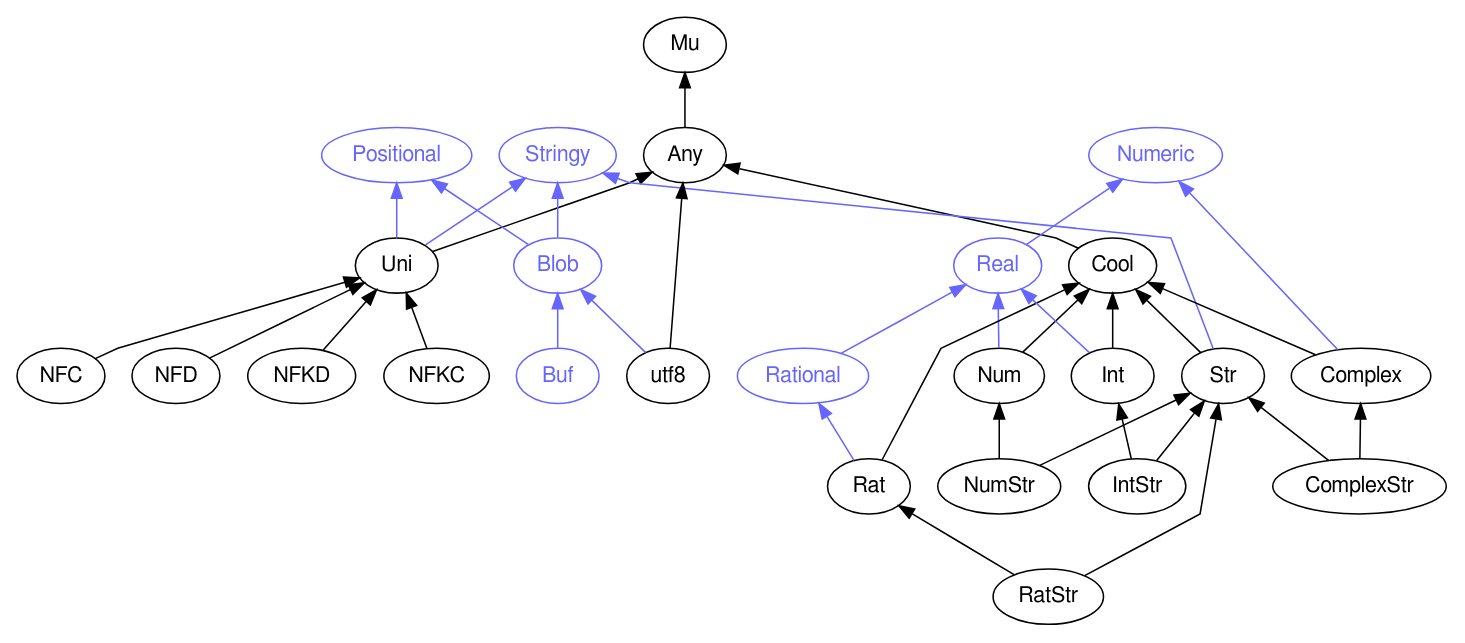
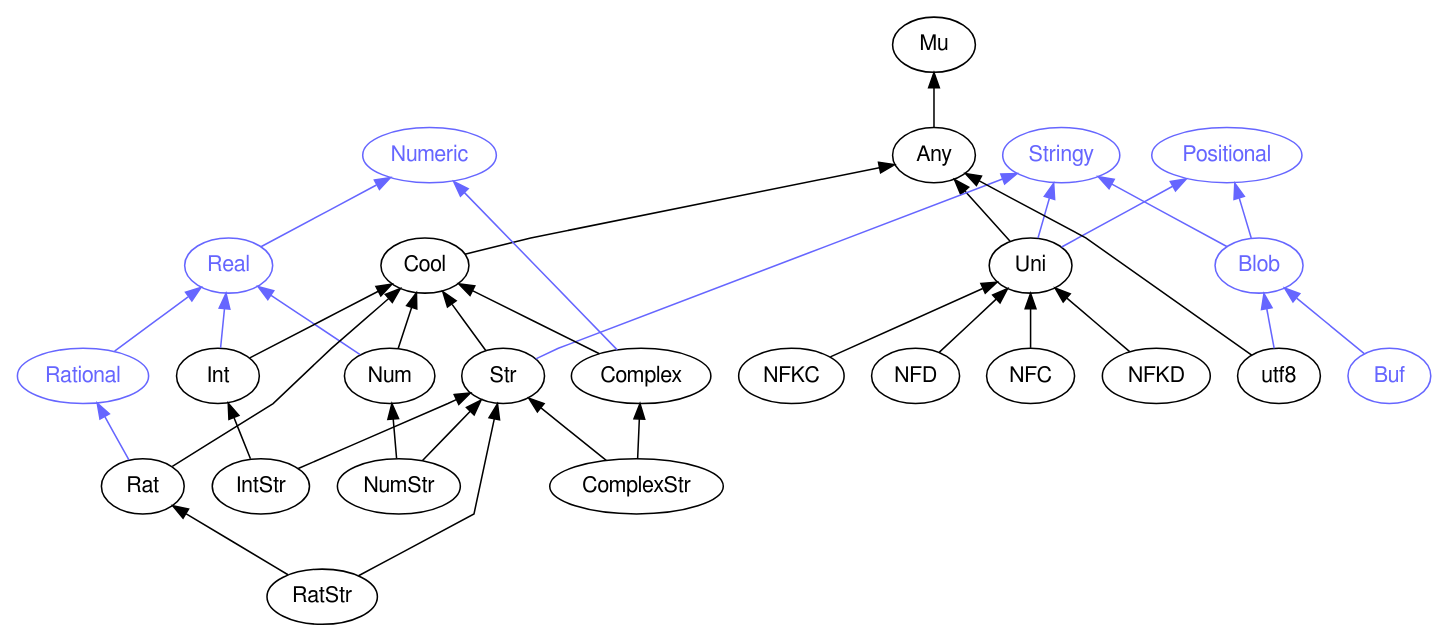
Before and after one commit to perl6docs/perl6docs.github.io: the diagram in images/type-graph-Stringy.svg.dot, drawn with Graphviz. The commit also changed other lines of this file and 4525 other files, not shown here.

```diff
--- a/images/type-graph-Stringy.svg.dot
+++ b/images/type-graph-Stringy.svg.dot
@@ -1,69 +1,69 @@
 digraph "perl6-type-graph" {
     rankdir=BT;
     splines=polyline;
     overlap=false; 
     // Types
     "Stringy" [color="#6666FF", fontcolor="#6666FF", href="/type/Stringy", fontname="FreeSans"];
+    "Positional" [color="#6666FF", fontcolor="#6666FF", href="/type/Positional", fontname="FreeSans"];
+    "Blob" [color="#6666FF", fontcolor="#6666FF", href="/type/Blob", fontname="FreeSans"];
     "Mu" [color="#000000", fontcolor="#000000", href="/type/Mu", fontname="FreeSans"];
     "Any" [color="#000000", fontcolor="#000000", href="/type/Any", fontname="FreeSans"];
-    "Positional" [color="#6666FF", fontcolor="#6666FF", href="/type/Positional", fontname="FreeSans"];
     "Uni" [color="#000000", fontcolor="#000000", href="/type/Uni", fontname="FreeSans"];
-    "Blob" [color="#6666FF", fontcolor="#6666FF", href="/type/Blob", fontname="FreeSans"];
     "Cool" [color="#000000", fontcolor="#000000", href="/type/Cool", fontname="FreeSans"];
     "Str" [color="#000000", fontcolor="#000000", href="/type/Str", fontname="FreeSans"];
+    "NFD" [color="#000000", fontcolor="#000000", href="/type/NFD", fontname="FreeSans"];
     "NFC" [color="#000000", fontcolor="#000000", href="/type/NFC", fontname="FreeSans"];
-    "NFD" [color="#000000", fontcolor="#000000", href="/type/NFD", fontname="FreeSans"];
     "NFKD" [color="#000000", fontcolor="#000000", href="/type/NFKD", fontname="FreeSans"];
     "NFKC" [color="#000000", fontcolor="#000000", href="/type/NFKC", fontname="FreeSans"];
     "Numeric" [color="#6666FF", fontcolor="#6666FF", href="/type/Numeric", fontname="FreeSans"];
+    "Complex" [color="#000000", fontcolor="#000000", href="/type/Complex", fontname="FreeSans"];
+    "ComplexStr" [color="#000000", fontcolor="#000000", href="/type/ComplexStr", fontname="FreeSans"];
     "Real" [color="#6666FF", fontcolor="#6666FF", href="/type/Real", fontname="FreeSans"];
     "Num" [color="#000000", fontcolor="#000000", href="/type/Num", fontname="FreeSans"];
     "NumStr" [color="#000000", fontcolor="#000000", href="/type/NumStr", fontname="FreeSans"];
+    "Int" [color="#000000", fontcolor="#000000", href="/type/Int", fontname="FreeSans"];
+    "IntStr" [color="#000000", fontcolor="#000000", href="/type/IntStr", fontname="FreeSans"];
     "Rational" [color="#6666FF", fontcolor="#6666FF", href="/type/Rational", fontname="FreeSans"];
     "Rat" [color="#000000", fontcolor="#000000", href="/type/Rat", fontname="FreeSans"];
     "RatStr" [color="#000000", fontcolor="#000000", href="/type/RatStr", fontname="FreeSans"];
-    "Int" [color="#000000", fontcolor="#000000", href="/type/Int", fontname="FreeSans"];
-    "IntStr" [color="#000000", fontcolor="#000000", href="/type/IntStr", fontname="FreeSans"];
-    "Complex" [color="#000000", fontcolor="#000000", href="/type/Complex", fontname="FreeSans"];
-    "ComplexStr" [color="#000000", fontcolor="#000000", href="/type/ComplexStr", fontname="FreeSans"];
     "Buf" [color="#6666FF", fontcolor="#6666FF", href="/type/Buf", fontname="FreeSans"];
     "utf8" [color="#000000", fontcolor="#000000", href="/type/utf8", fontname="FreeSans"];
 
     // Superclasses
     "Any" -> "Mu" [color="#000000"];
     "Uni" -> "Any" [color="#000000"];
     "Cool" -> "Any" [color="#000000"];
     "Str" -> "Cool" [color="#000000"];
+    "NFD" -> "Uni" [color="#000000"];
     "NFC" -> "Uni" [color="#000000"];
-    "NFD" -> "Uni" [color="#000000"];
     "NFKD" -> "Uni" [color="#000000"];
     "NFKC" -> "Uni" [color="#000000"];
+    "Complex" -> "Cool" [color="#000000"];
+    "ComplexStr" -> "Complex" [color="#000000"];
+    "ComplexStr" -> "Str" [color="#000000"];
     "Num" -> "Cool" [color="#000000"];
     "NumStr" -> "Num" [color="#000000"];
     "NumStr" -> "Str" [color="#000000"];
+    "Int" -> "Cool" [color="#000000"];
+    "IntStr" -> "Int" [color="#000000"];
+    "IntStr" -> "Str" [color="#000000"];
     "Rat" -> "Cool" [color="#000000"];
     "RatStr" -> "Rat" [color="#000000"];
     "RatStr" -> "Str" [color="#000000"];
-    "Int" -> "Cool" [color="#000000"];
-    "IntStr" -> "Int" [color="#000000"];
-    "IntStr" -> "Str" [color="#000000"];
-    "Complex" -> "Cool" [color="#000000"];
-    "ComplexStr" -> "Complex" [color="#000000"];
-    "ComplexStr" -> "Str" [color="#000000"];
     "utf8" -> "Any" [color="#000000"];
 
     // Roles
+    "Blob" -> "Positional" [color="#6666FF"];
+    "Blob" -> "Stringy" [color="#6666FF"];
     "Uni" -> "Positional" [color="#6666FF"];
     "Uni" -> "Stringy" [color="#6666FF"];
-    "Blob" -> "Positional" [color="#6666FF"];
-    "Blob" -> "Stringy" [color="#6666FF"];
     "Str" -> "Stringy" [color="#6666FF"];
+    "Complex" -> "Numeric" [color="#6666FF"];
     "Real" -> "Numeric" [color="#6666FF"];
     "Num" -> "Real" [color="#6666FF"];
+    "Int" -> "Real" [color="#6666FF"];
     "Rational" -> "Real" [color="#6666FF"];
     "Rat" -> "Rational" [color="#6666FF"];
-    "Int" -> "Real" [color="#6666FF"];
-    "Complex" -> "Numeric" [color="#6666FF"];
     "Buf" -> "Blob" [color="#6666FF"];
     "utf8" -> "Blob" [color="#6666FF"];
 }
```
